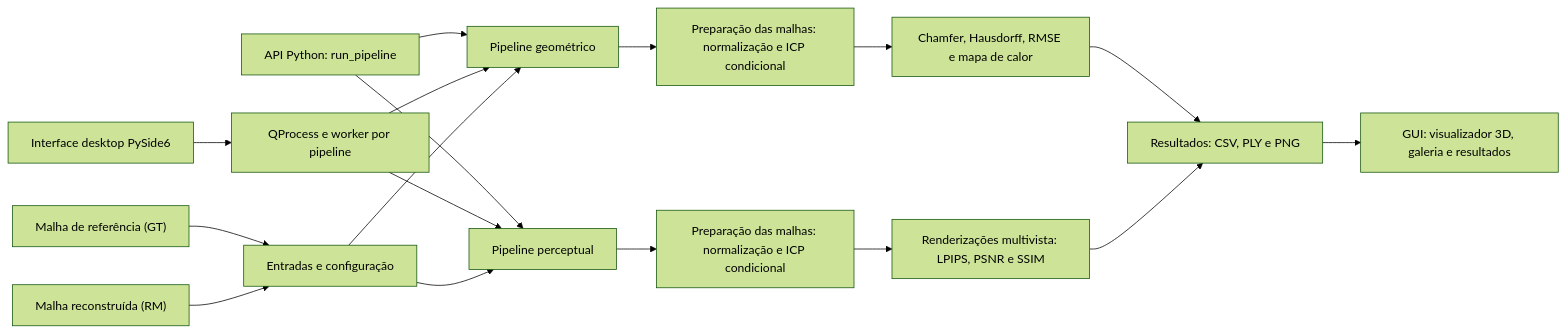
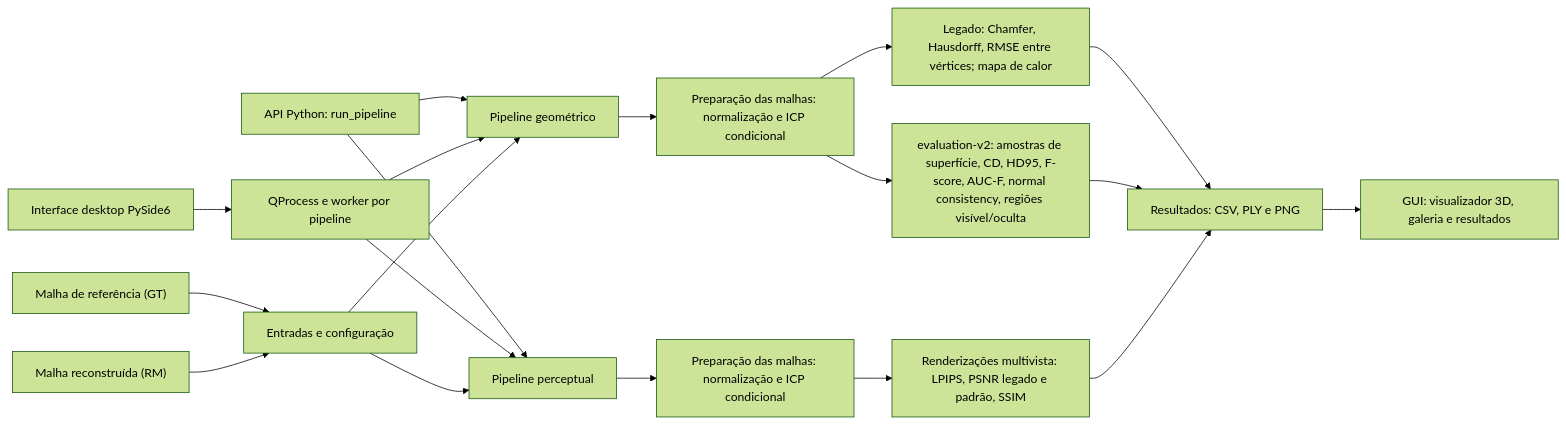
The diagram in docs/README.md (lianeheidemann/mesh-comparison), drawn with Mermaid (forest theme) before and after one commit. The commit also changed other lines of this file and 7 other files, not shown here.

````diff
--- a/docs/README.md
+++ b/docs/README.md
@@ -17,19 +19,21 @@
 ```mermaid
 flowchart LR
     GT["Malha de referência (GT)"] --> INPUTS["Entradas e configuração"]
     RM["Malha reconstruída (RM)"] --> INPUTS
     GUI["Interface desktop PySide6"] --> RUNNER["QProcess e worker por pipeline"]
     API["API Python: run_pipeline"] --> GEO["Pipeline geométrico"]
     API --> PER["Pipeline perceptual"]
     RUNNER --> GEO
     RUNNER --> PER
     INPUTS --> GEO
     INPUTS --> PER
     GEO --> GEOPREP["Preparação das malhas: normalização e ICP condicional"]
     PER --> PERPREP["Preparação das malhas: normalização e ICP condicional"]
-    GEOPREP --> GEOM["Chamfer, Hausdorff, RMSE e mapa de calor"]
-    PERPREP --> PERCEPT["Renderizações multivista: LPIPS, PSNR e SSIM"]
+    GEOPREP --> GEOM["Legado: Chamfer, Hausdorff, RMSE entre vértices; mapa de calor"]
+    GEOPREP --> GEOV2["evaluation-v2: amostras de superfície, CD, HD95, F-score, AUC-F, normal consistency, regiões visível/oculta"]
+    PERPREP --> PERCEPT["Renderizações multivista: LPIPS, PSNR legado e padrão, SSIM"]
     GEOM --> OUT["Resultados: CSV, PLY e PNG"]
+    GEOV2 --> OUT
     PERCEPT --> OUT
     OUT --> VIEW["GUI: visualizador 3D, galeria e resultados"]
 ```
````
